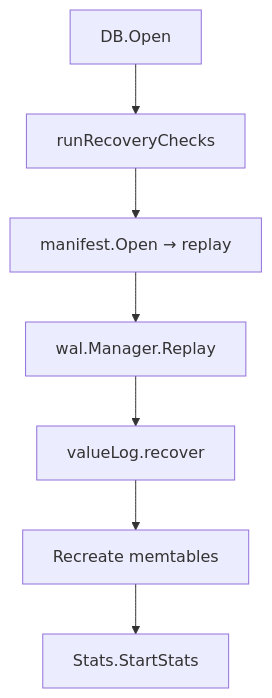
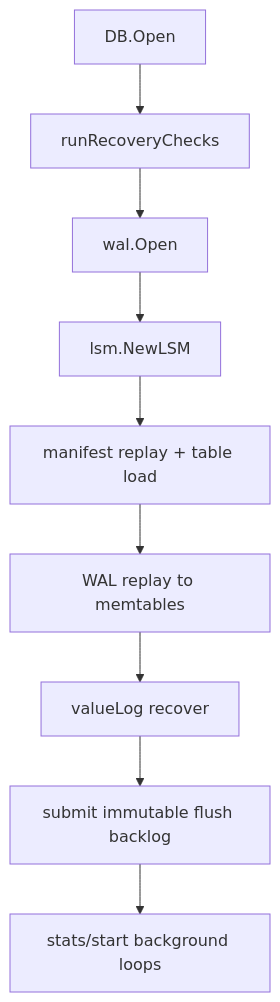
One commit to feichai0017/NoKV changed the diagram in docs/recovery.md. Above: the diagram before and after it, drawn with Mermaid. The commit also changed other lines of this file and 5 other files, not shown here.

Commit message:
docs: align flush/recovery/manifest/vfs docs with current code

````diff
--- a/docs/recovery.md
+++ b/docs/recovery.md
@@ -9,12 +9,14 @@
 ```mermaid
 flowchart TD
     Start[DB.Open]
     Verify[runRecoveryChecks]
-    Manifest[manifest.Open → replay]
-    WAL[wal.Manager.Replay]
-    VLog[valueLog.recover]
-    Flush[Recreate memtables]
-    Stats[Stats.StartStats]
+    WalOpen[wal.Open]
+    LSM[lsm.NewLSM]
+    Manifest[manifest replay + table load]
+    WALReplay[WAL replay to memtables]
+    VLog[valueLog recover]
+    Flush[submit immutable flush backlog]
+    Stats[stats/start background loops]
 
-    Start --> Verify --> Manifest --> WAL --> VLog --> Flush --> Stats
+    Start --> Verify --> WalOpen --> LSM --> Manifest --> WALReplay --> VLog --> Flush --> Stats
 ```
````
